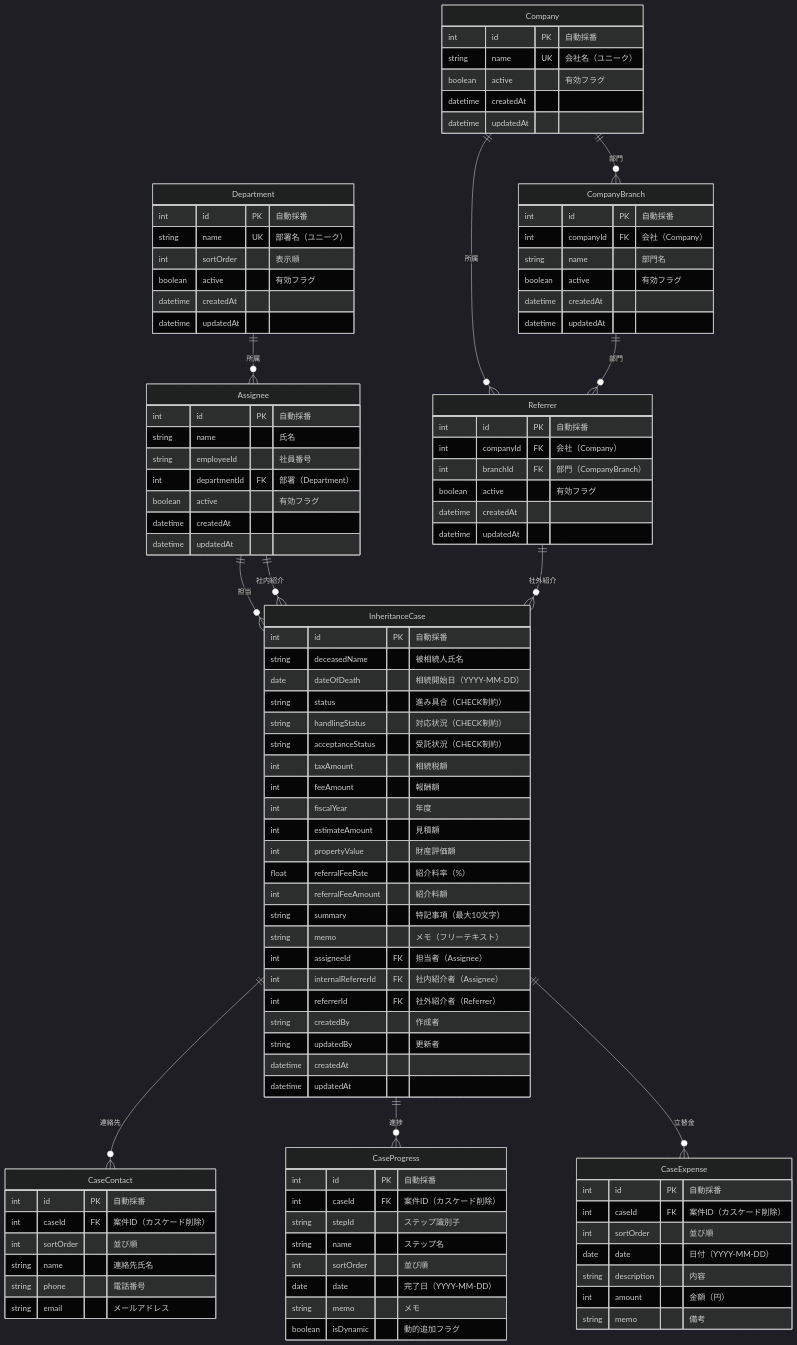
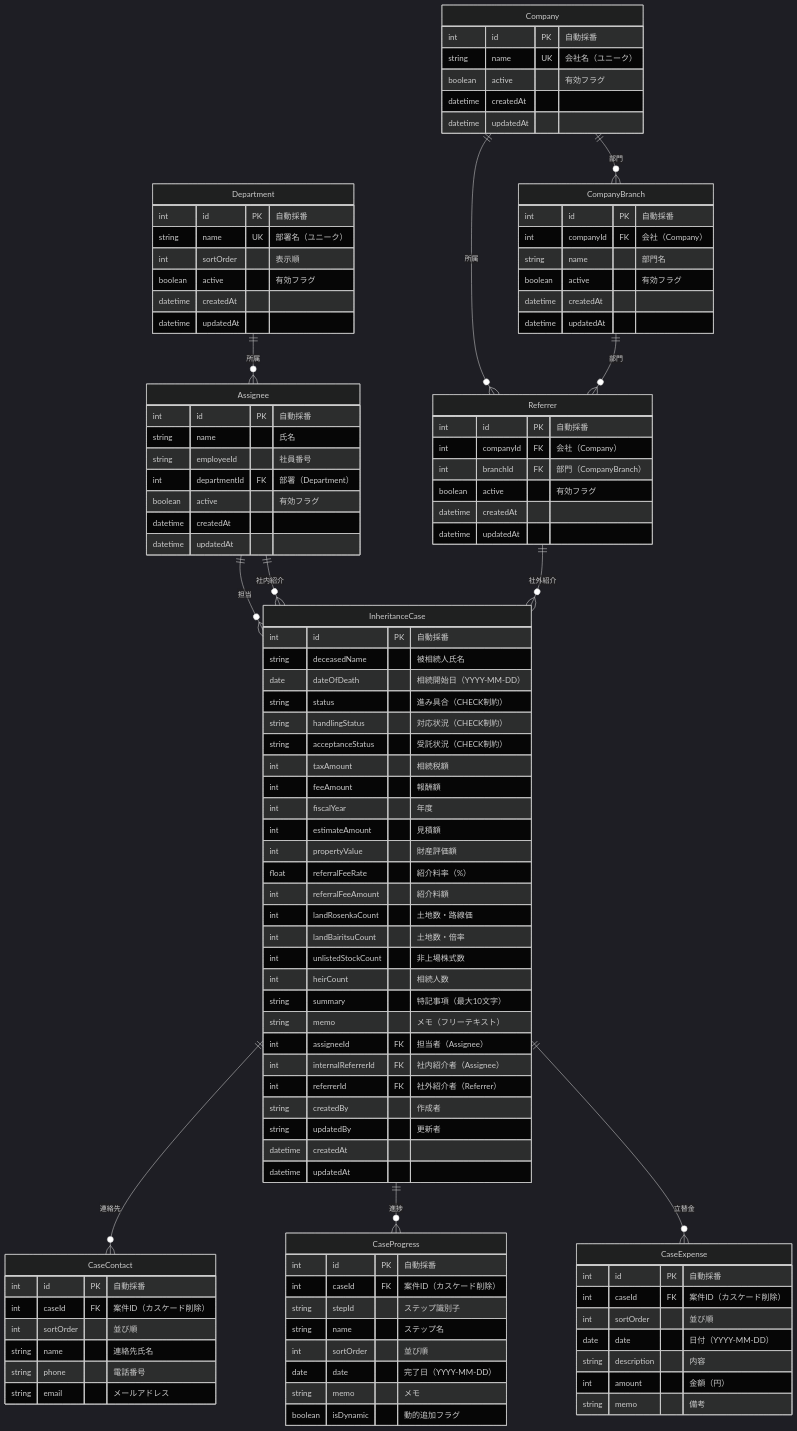
One commit to kojima1978/tax_apps changed the diagram in apps/inheritance-case-management/README.md. Above: the diagram before and after it, drawn with Mermaid (dark theme). The commit also changed other lines of this file, not shown here.

```diff
--- a/apps/inheritance-case-management/README.md
+++ b/apps/inheritance-case-management/README.md
@@ -475,6 +517,10 @@
         int propertyValue "財産評価額"
         float referralFeeRate "紹介料率（%）"
         int referralFeeAmount "紹介料額"
+        int landRosenkaCount "土地数・路線価"
+        int landBairitsuCount "土地数・倍率"
+        int unlistedStockCount "非上場株式数"
+        int heirCount "相続人数"
         string summary "特記事項（最大10文字）"
         string memo "メモ（フリーテキスト）"
         int assigneeId FK "担当者（Assignee）"
```
